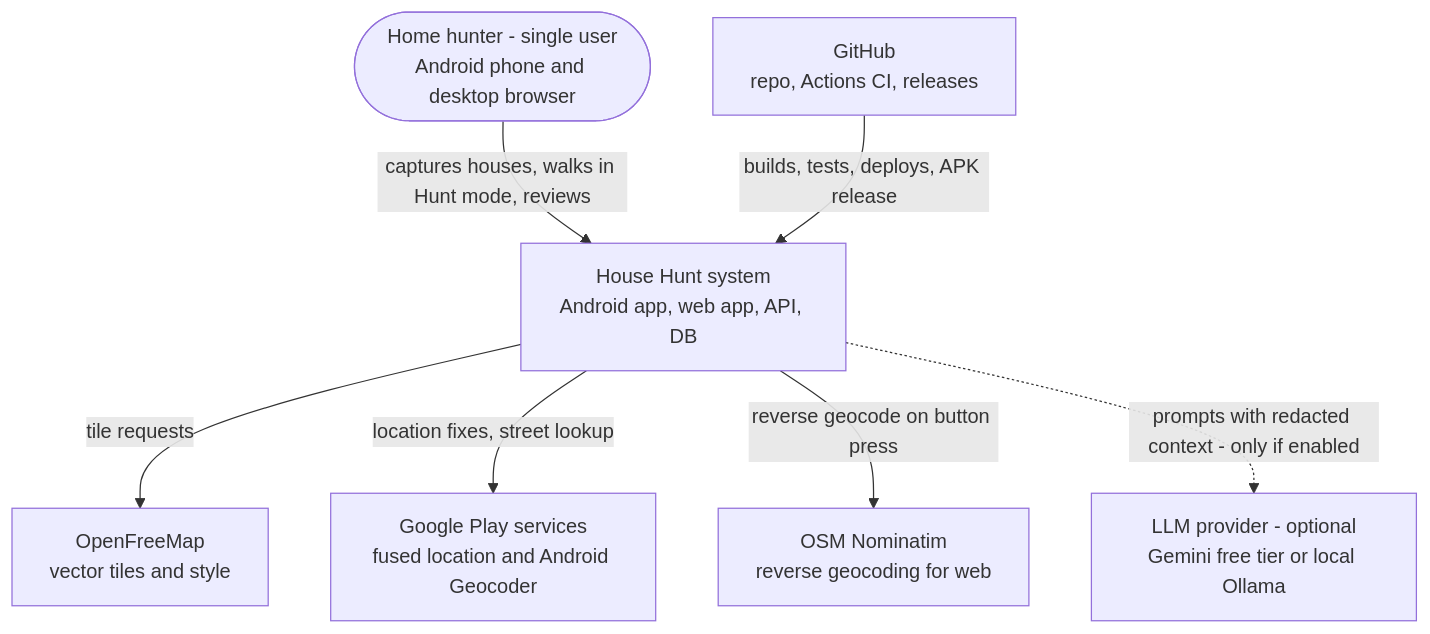
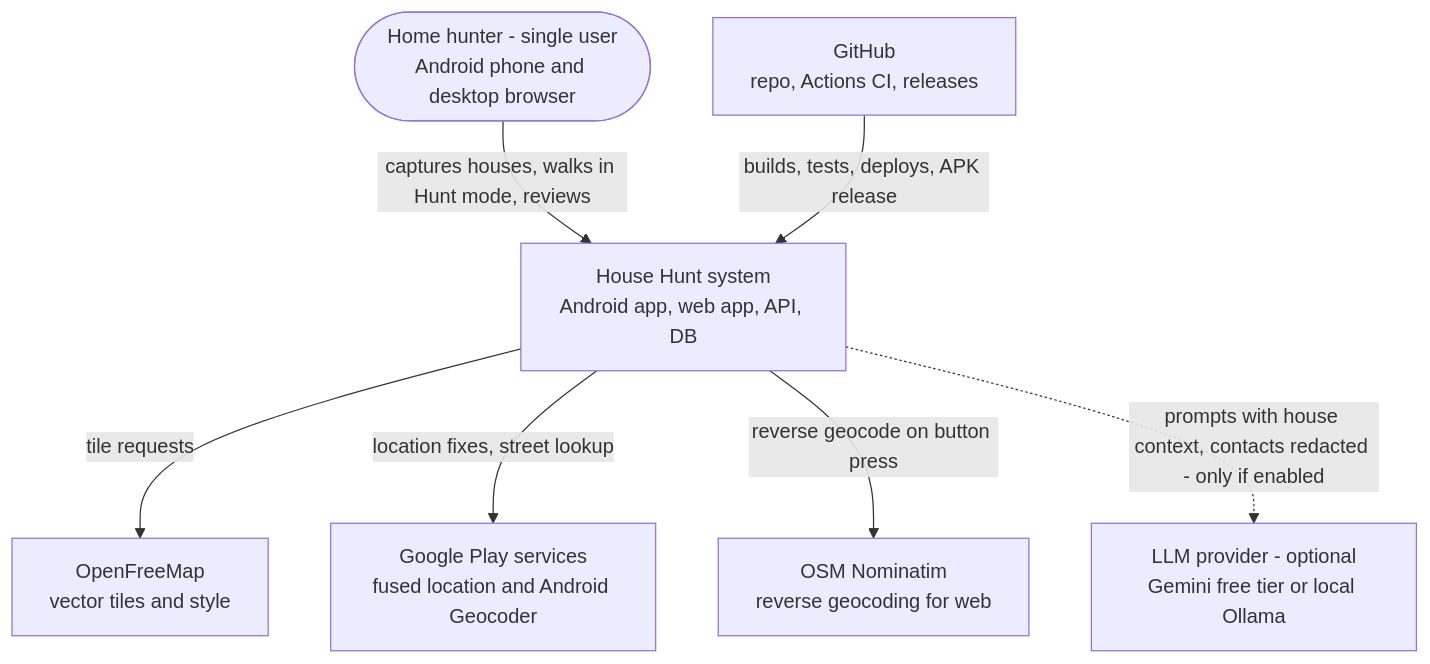
Before and after one commit to Sriram-Codes-SW/doorprints: the first of 15 diagrams in docs/03-design.md, drawn with Mermaid. The commit also changed other lines of this file and 38 other files, not shown here.

````diff
--- a/docs/03-design.md
+++ b/docs/03-design.md
@@ -43,16 +45,16 @@
 ```mermaid
 flowchart TB
     user(["Home hunter - single user<br/>Android phone and desktop browser"])
     hh["House Hunt system<br/>Android app, web app, API, DB"]
     ofm["OpenFreeMap<br/>vector tiles and style"]
     gps["Google Play services<br/>fused location and Android Geocoder"]
     nom["OSM Nominatim<br/>reverse geocoding for web"]
     llm["LLM provider - optional<br/>Gemini free tier or local Ollama"]
     gh["GitHub<br/>repo, Actions CI, releases"]
     user -->|"captures houses, walks in Hunt mode, reviews"| hh
     hh -->|"tile requests"| ofm
     hh -->|"location fixes, street lookup"| gps
     hh -->|"reverse geocode on button press"| nom
-    hh -.->|"prompts with redacted context - only if enabled"| llm
+    hh -.->|"prompts with house context, contacts redacted - only if enabled"| llm
     gh -->|"builds, tests, deploys, APK release"| hh
 ```
````
